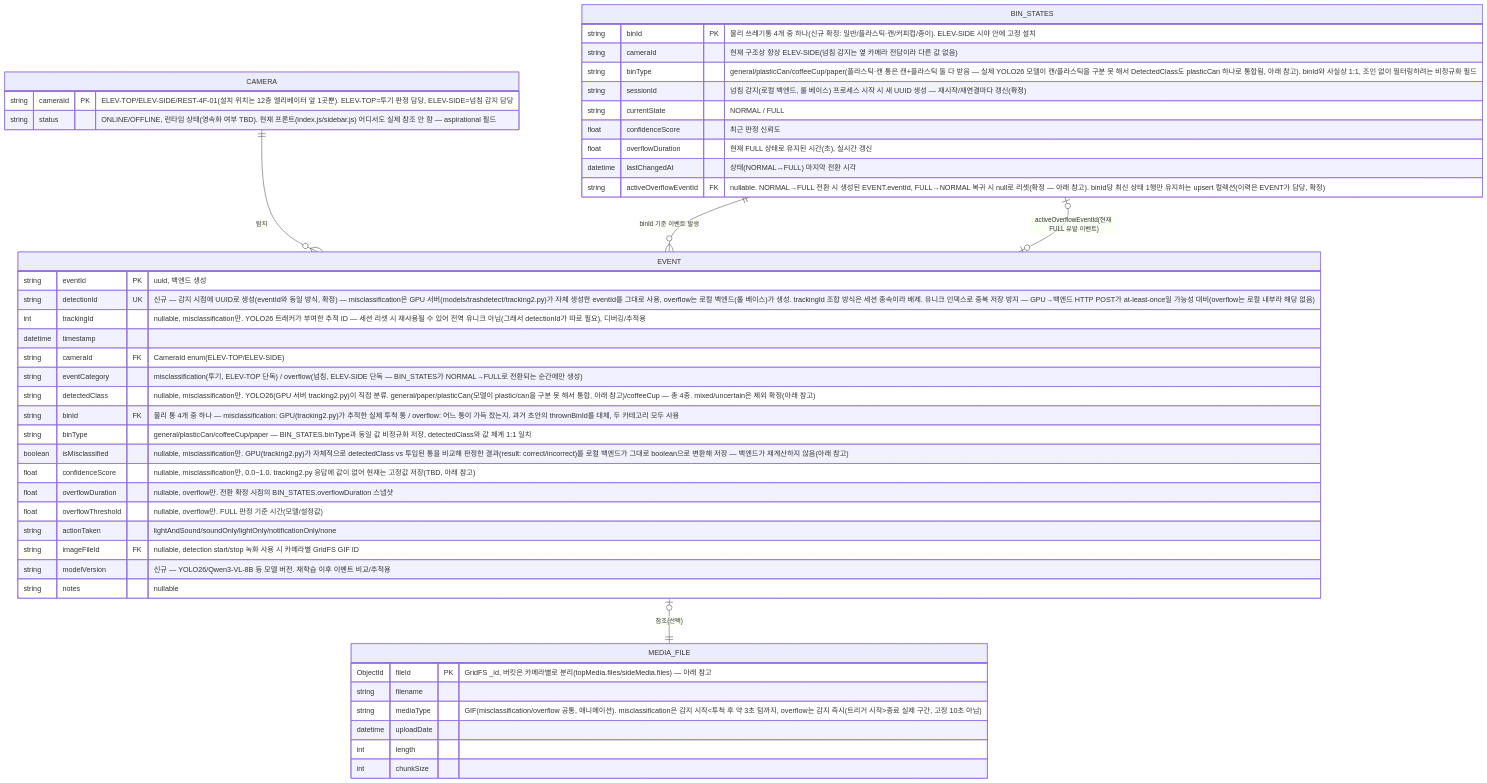
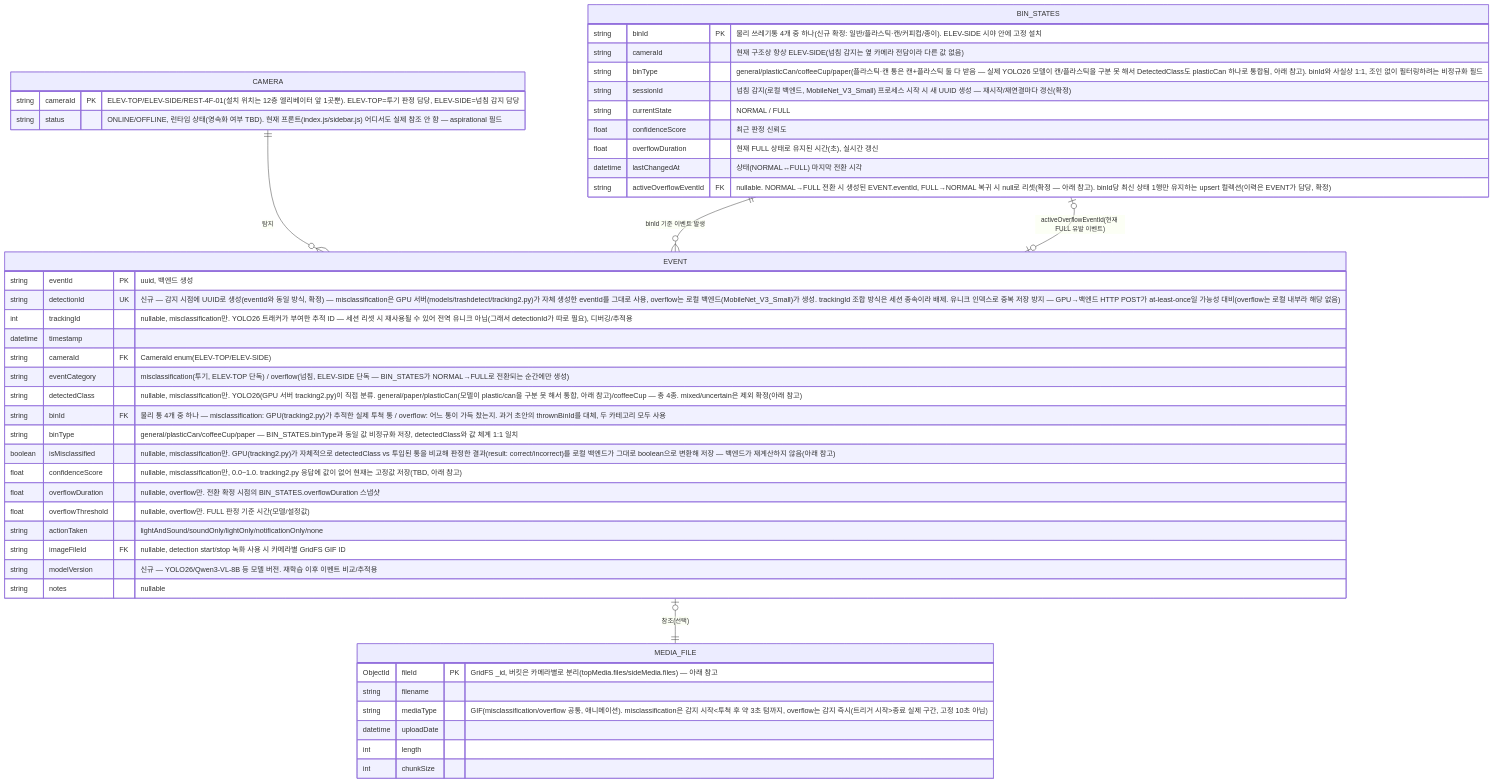
One commit to SortMasterr/SortMaster changed the diagram in Docs/ERD.md. Above: the diagram before and after it, drawn with Mermaid. The commit also changed other lines of this file and 6 other files, not shown here.

First line of the commit message:
docs: 문서 전반 낡은 정보 정정 (plastic/can 통합, SIDE MobileNet 전환 등)

````diff
--- a/Docs/ERD.md
+++ b/Docs/ERD.md
@@ -20,53 +23,53 @@
 ```mermaid
 erDiagram
     CAMERA ||--o{ EVENT : "탐지"
     BIN_STATES ||--o{ EVENT : "binId 기준 이벤트 발생"
     BIN_STATES |o--o| EVENT : "activeOverflowEventId(현재 FULL 유발 이벤트)"
     EVENT |o--|| MEDIA_FILE : "참조(선택)"
 
     CAMERA {
         string cameraId PK "ELEV-TOP/ELEV-SIDE/REST-4F-01(설치 위치는 12층 엘리베이터 앞 1곳뿐). ELEV-TOP=투기 판정 담당, ELEV-SIDE=넘침 감지 담당"
         string status "ONLINE/OFFLINE, 런타임 상태(영속화 여부 TBD). 현재 프론트(index.js/sidebar.js) 어디서도 실제 참조 안 함 — aspirational 필드"
     }
 
     BIN_STATES {
         string binId PK "물리 쓰레기통 4개 중 하나(신규 확정: 일반/플라스틱·캔/커피컵/종이). ELEV-SIDE 시야 안에 고정 설치"
         string cameraId "현재 구조상 항상 ELEV-SIDE(넘침 감지는 옆 카메라 전담이라 다른 값 없음)"
         string binType "general/plasticCan/coffeeCup/paper(플라스틱·캔 통은 캔+플라스틱 둘 다 받음 — 실제 YOLO26 모델이 캔/플라스틱을 구분 못 해서 DetectedClass도 plasticCan 하나로 통합됨, 아래 참고). binId와 사실상 1:1, 조인 없이 필터링하려는 비정규화 필드"
-        string sessionId "넘침 감지(로컬 백엔드, 룰 베이스) 프로세스 시작 시 새 UUID 생성 — 재시작/재연결마다 갱신(확정)"
+        string sessionId "넘침 감지(로컬 백엔드, MobileNet_V3_Small) 프로세스 시작 시 새 UUID 생성 — 재시작/재연결마다 갱신(확정)"
         string currentState "NORMAL / FULL"
         float confidenceScore "최근 판정 신뢰도"
         float overflowDuration "현재 FULL 상태로 유지된 시간(초), 실시간 갱신"
         datetime lastChangedAt "상태(NORMAL↔FULL) 마지막 전환 시각"
         string activeOverflowEventId FK "nullable. NORMAL→FULL 전환 시 생성된 EVENT.eventId, FULL→NORMAL 복귀 시 null로 리셋(확정 — 아래 참고). binId당 최신 상태 1행만 유지하는 upsert 컬렉션(이력은 EVENT가 담당, 확정)"
     }
 
     EVENT {
         string eventId PK "uuid, 백엔드 생성"
-        string detectionId UK "신규 — 감지 시점에 UUID로 생성(eventId와 동일 방식, 확정) — misclassification은 GPU 서버(models/trashdetect/tracking2.py)가 자체 생성한 eventId를 그대로 사용, overflow는 로컬 백엔드(룰 베이스)가 생성. trackingId 조합 방식은 세션 종속이라 배제. 유니크 인덱스로 중복 저장 방지 — GPU→백엔드 HTTP POST가 at-least-once일 가능성 대비(overflow는 로컬 내부라 해당 없음)"
+        string detectionId UK "신규 — 감지 시점에 UUID로 생성(eventId와 동일 방식, 확정) — misclassification은 GPU 서버(models/trashdetect/tracking2.py)가 자체 생성한 eventId를 그대로 사용, overflow는 로컬 백엔드(MobileNet_V3_Small)가 생성. trackingId 조합 방식은 세션 종속이라 배제. 유니크 인덱스로 중복 저장 방지 — GPU→백엔드 HTTP POST가 at-least-once일 가능성 대비(overflow는 로컬 내부라 해당 없음)"
         int trackingId "nullable, misclassification만. YOLO26 트래커가 부여한 추적 ID — 세션 리셋 시 재사용될 수 있어 전역 유니크 아님(그래서 detectionId가 따로 필요), 디버깅/추적용"
         datetime timestamp
         string cameraId FK "CameraId enum(ELEV-TOP/ELEV-SIDE)"
         string eventCategory "misclassification(투기, ELEV-TOP 단독) / overflow(넘침, ELEV-SIDE 단독 — BIN_STATES가 NORMAL→FULL로 전환되는 순간에만 생성)"
         string detectedClass "nullable, misclassification만. YOLO26(GPU 서버 tracking2.py)이 직접 분류. general/paper/plasticCan(모델이 plastic/can을 구분 못 해서 통합, 아래 참고)/coffeeCup — 총 4종. mixed/uncertain은 제외 확정(아래 참고)"
         string binId FK "물리 통 4개 중 하나 — misclassification: GPU(tracking2.py)가 추적한 실제 투척 통 / overflow: 어느 통이 가득 찼는지. 과거 초안의 thrownBinId를 대체, 두 카테고리 모두 사용"
         string binType "general/plasticCan/coffeeCup/paper — BIN_STATES.binType과 동일 값 비정규화 저장, detectedClass와 값 체계 1:1 일치"
         boolean isMisclassified "nullable, misclassification만. GPU(tracking2.py)가 자체적으로 detectedClass vs 투입된 통을 비교해 판정한 결과(result: correct/incorrect)를 로컬 백엔드가 그대로 boolean으로 변환해 저장 — 백엔드가 재계산하지 않음(아래 참고)"
         float confidenceScore "nullable, misclassification만, 0.0~1.0. tracking2.py 응답에 값이 없어 현재는 고정값 저장(TBD, 아래 참고)"
         float overflowDuration "nullable, overflow만. 전환 확정 시점의 BIN_STATES.overflowDuration 스냅샷"
         float overflowThreshold "nullable, overflow만. FULL 판정 기준 시간(모델/설정값)"
         string actionTaken "lightAndSound/soundOnly/lightOnly/notificationOnly/none"
         string imageFileId FK "nullable, detection start/stop 녹화 사용 시 카메라별 GridFS GIF ID"
         string modelVersion "신규 — YOLO26/Qwen3-VL-8B 등 모델 버전. 재학습 이후 이벤트 비교/추적용"
         string notes "nullable"
     }
 
     MEDIA_FILE {
         ObjectId fileId PK "GridFS _id, 버킷은 카메라별로 분리(topMedia.files/sideMedia.files) — 아래 참고"
         string filename
         string mediaType "GIF(misclassification/overflow 공통, 애니메이션). misclassification은 감지 시작~투척 후 약 3초 텀까지, overflow는 감지 즉시(트리거 시작~종료 실제 구간, 고정 10초 아님)"
         datetime uploadDate
         int length
         int chunkSize
     }
 ```
````
